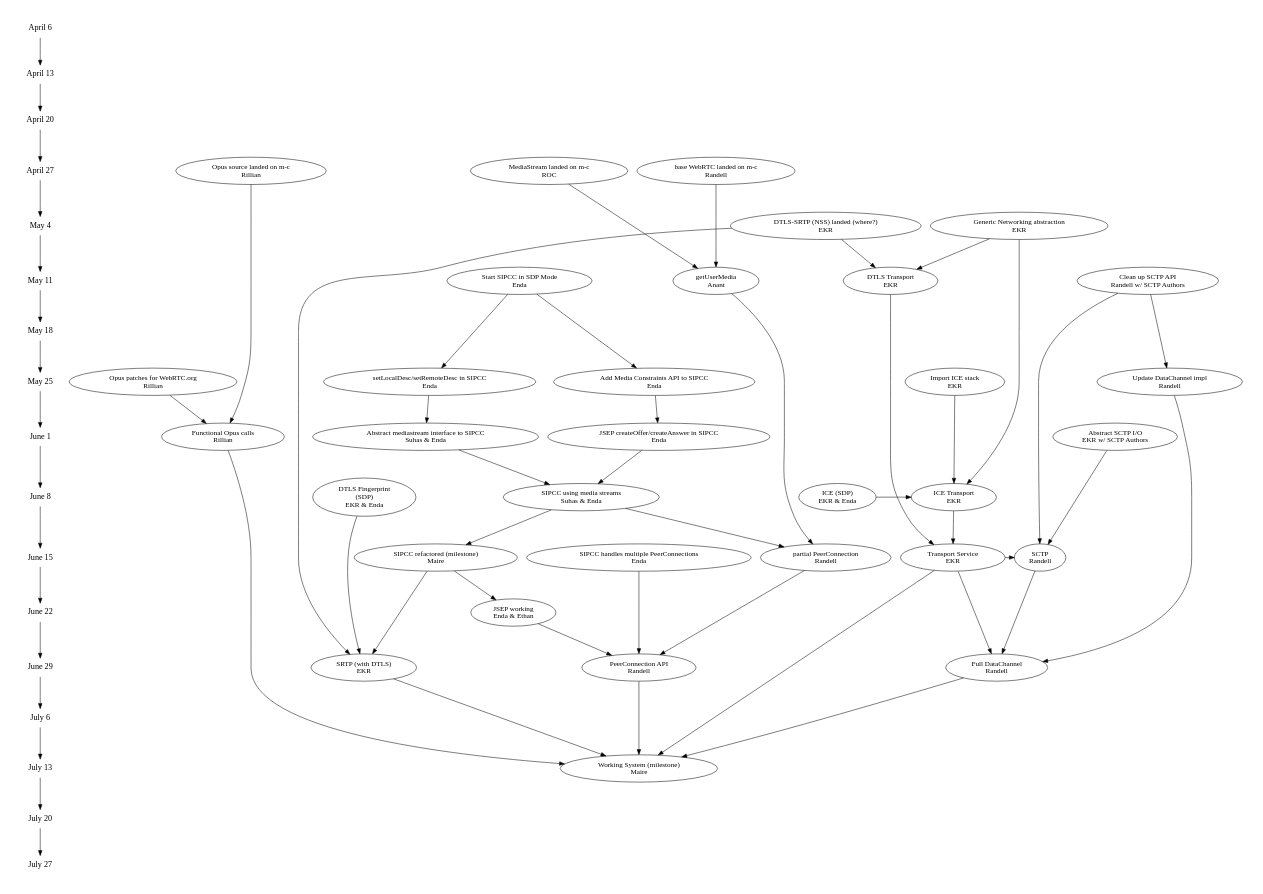
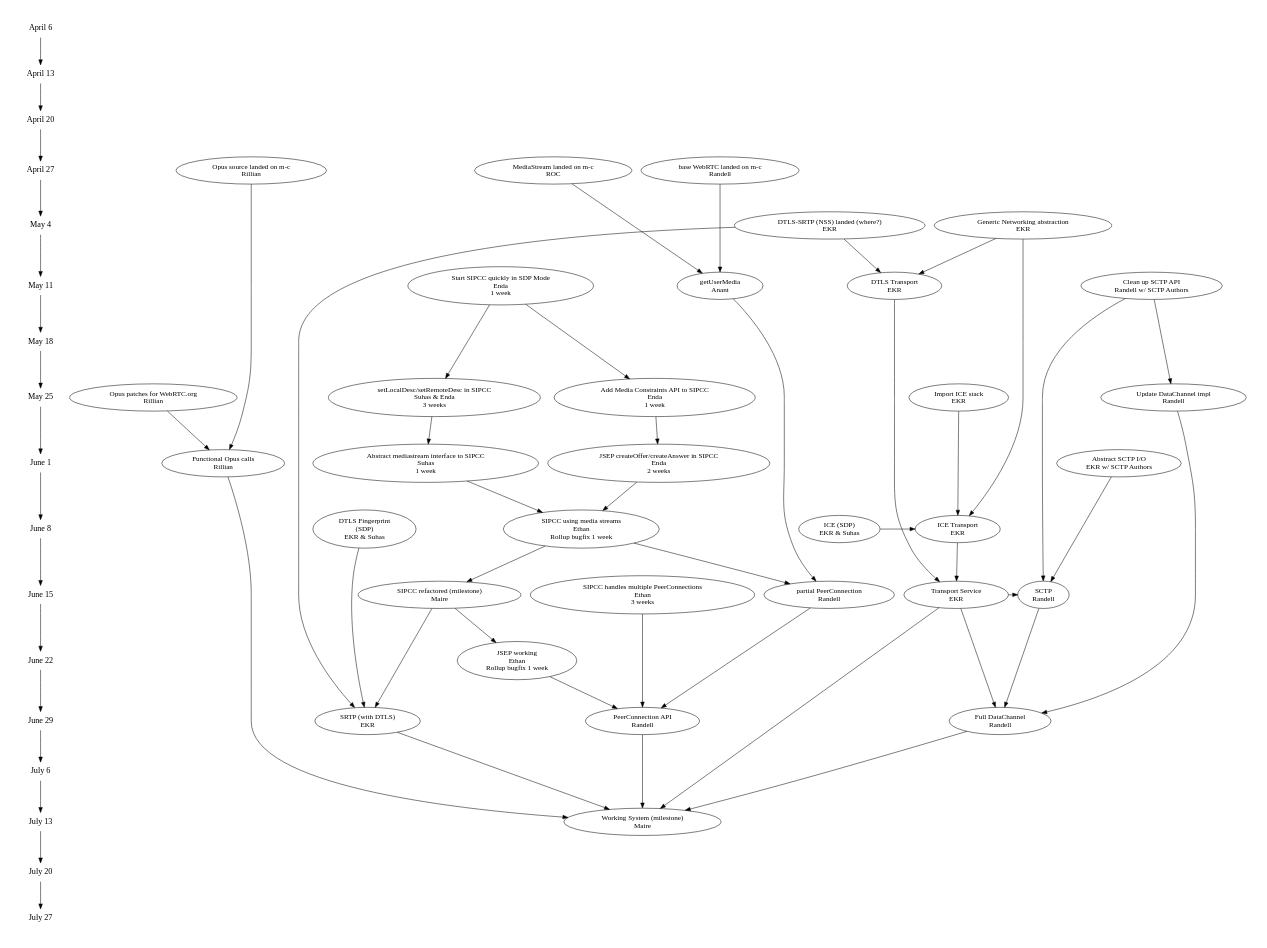
The diagram in planning/webrtc.dot (mozilla/webrtc), drawn with Graphviz before and after one commit. The commit also changed 1 other file, not shown here.

Commit message:
Added time estimates to SIPCC part of graph.

```diff
--- a/planning/webrtc.dot
+++ b/planning/webrtc.dot
@@ -1,110 +1,110 @@
 digraph G {
 ranksep=.75; size = "7.5,7.5";
 {
 node [shape=plaintext, fontsize=16]; /* the time-line graph */ 
      "April 6" -> "April 13"-> "April 20"-> "April 27"-> "May 4"-> "May 11"-> "May 18"-> "May 25"-> "June 1"-> "June 8"-> "June 15"-> "June 22"-> "June 29"-> "July 6"-> "July 13"-> "July 20"-> "July 27"
 }
 
 	{rank = same; "April 27";
 	   webrtc [label = "base WebRTC landed on m-c\nRandell"];
 	   mediastream [label = "MediaStream landed on m-c\nROC"];
 	   opussrc [label = "Opus source landed on m-c\nRillian"]
         }
         
         {
            rank = same; "May 4";
 	   genericio [label = "Generic Networking abstraction\nEKR"]
 	   dtlssrtp [label = "DTLS-SRTP (NSS) landed (where?)\nEKR"]
         }
 
 	{rank = same; "May 11";
 	   getusermedia [label = "getUserMedia\nAnant"]
 	   dtlstransport [label = "DTLS Transport\nEKR" ];
 	   sctpupdate [label = "Clean up SCTP API\nRandell w/ SCTP Authors"];
-	   sipccsdp [ label = "Start SIPCC in SDP Mode\nEnda"];
+	   sipccsdp [ label = "Start SIPCC quickly in SDP Mode\nEnda\n1 week"];
 	}
 	dtlssrtp -> dtlstransport
 	genericio -> dtlstransport
 	
 	{rank = same; "May 25";
 	   nicer [label = "Import ICE stack\nEKR"];
-	   sipccsetdesc [ label = "setLocalDesc/setRemoteDesc in SIPCC\nEnda"];
+	   sipccsetdesc [ label = "setLocalDesc/setRemoteDesc in SIPCC\nSuhas & Enda\n3 weeks"];
 	   datachannelupdate [label = "Update DataChannel impl\nRandell"];
 	   opuswebrtc [label = "Opus patches for WebRTC.org\nRillian"];
-           sipccmediaconstraints [ label = "Add Media Constraints API to SIPCC\nEnda"];
+           sipccmediaconstraints [ label = "Add Media Constraints API to SIPCC\nEnda\n1 week"];
         }	   	   
         sipccsdp -> sipccmediaconstraints
         sipccsdp -> sipccsetdesc
 
 	{rank = same; "June 1";
 	   sctpio [ label = "Abstract SCTP I/O\nEKR w/ SCTP Authors"]
 	   opus [ label = "Functional Opus calls\nRillian"];
-           sipccsetmediainterface [label ="Abstract mediastream interface to SIPCC\nSuhas & Enda"];
-           sipccjsep [ label = "JSEP createOffer/createAnswer in SIPCC\nEnda"];
+           sipccsetmediainterface [label ="Abstract mediastream interface to SIPCC\nSuhas\n1 week"];
+           sipccjsep [ label = "JSEP createOffer/createAnswer in SIPCC\nEnda\n2 weeks"];
         }
 	getusermedia -> peerconnection_first
 	opussrc -> opus
 	opuswebrtc -> opus
         sipccmediaconstraints -> sipccjsep
         sipccsetdesc -> sipccsetmediainterface
 
 	{rank = same; "June 8";
 	   icetransport [ label = "ICE Transport\nEKR"];
-	   dtlsfingerprint [ label = "DTLS Fingerprint\n(SDP)\nEKR & Enda"];
-	   iceparams [label = "ICE (SDP)\nEKR & Enda"];
-           sipccusemediastreams [label = "SIPCC using media streams\nSuhas & Enda"];
+	   dtlsfingerprint [ label = "DTLS Fingerprint\n(SDP)\nEKR & Suhas"];
+	   iceparams [label = "ICE (SDP)\nEKR & Suhas"];
+           sipccusemediastreams [label = "SIPCC using media streams\nEthan\nRollup bugfix 1 week"];
 	}
 
 	nicer -> icetransport
         sipccjsep -> sipccusemediastreams
         sipccsetmediainterface -> sipccusemediastreams
 	genericio -> icetransport
 	iceparams -> icetransport
 
 	{rank = same; "June 15";
 	   transport [label = "Transport Service\nEKR"];
 	   sctp [label = "SCTP\nRandell"];
 	   sipccrefactor [label = "SIPCC refactored (milestone)\nMaire"];
-           sipccmultipeerconn [label = "SIPCC handles multiple PeerConnections\nEnda"]
+           sipccmultipeerconn [label = "SIPCC handles multiple PeerConnections\nEthan\n3 weeks"]
 	   peerconnection_first [label = "partial PeerConnection\nRandell"];
 	 } 
 	 sipccusemediastreams -> sipccrefactor
 	 sipccrefactor -> "JSEP"
 	 dtlstransport -> transport
 	 icetransport -> transport
 	 sipccusemediastreams -> peerconnection_first
 
         {rank = same; "June 22"; 
-	   JSEP [ label = "JSEP working\nEnda & Ethan"]; }
+	   JSEP [ label = "JSEP working\nEthan\nRollup bugfix 1 week"]; }
 
         {rank = same; "June 29"; 
 	   peerconnection [label = "PeerConnection API\nRandell"];
 	   datachannel [label = "Full DataChannel\nRandell"];
 	   srtp [label = "SRTP (with DTLS)\nEKR"] }
         dtlsfingerprint -> srtp
 	dtlssrtp -> srtp
 	sipccrefactor -> srtp
         sipccmultipeerconn -> peerconnection
 
         {rank = same; "July 13"; 
 	   working [ label = "Working System (milestone)\nMaire" ] }
 	
         mediastream->getusermedia
 	webrtc->getusermedia
 	
 	transport -> working
 	transport -> datachannel
 	peerconnection_first -> peerconnection
 	peerconnection -> working
 	"JSEP" -> peerconnection
 	sctpio-> sctp
 	sctpupdate -> sctp
 	sctpupdate -> datachannelupdate
 	datachannelupdate -> datachannel
 	sctp -> datachannel
 	transport ->sctp
 	datachannel -> working
 	srtp -> working
 
 	opus -> working
 }
```
